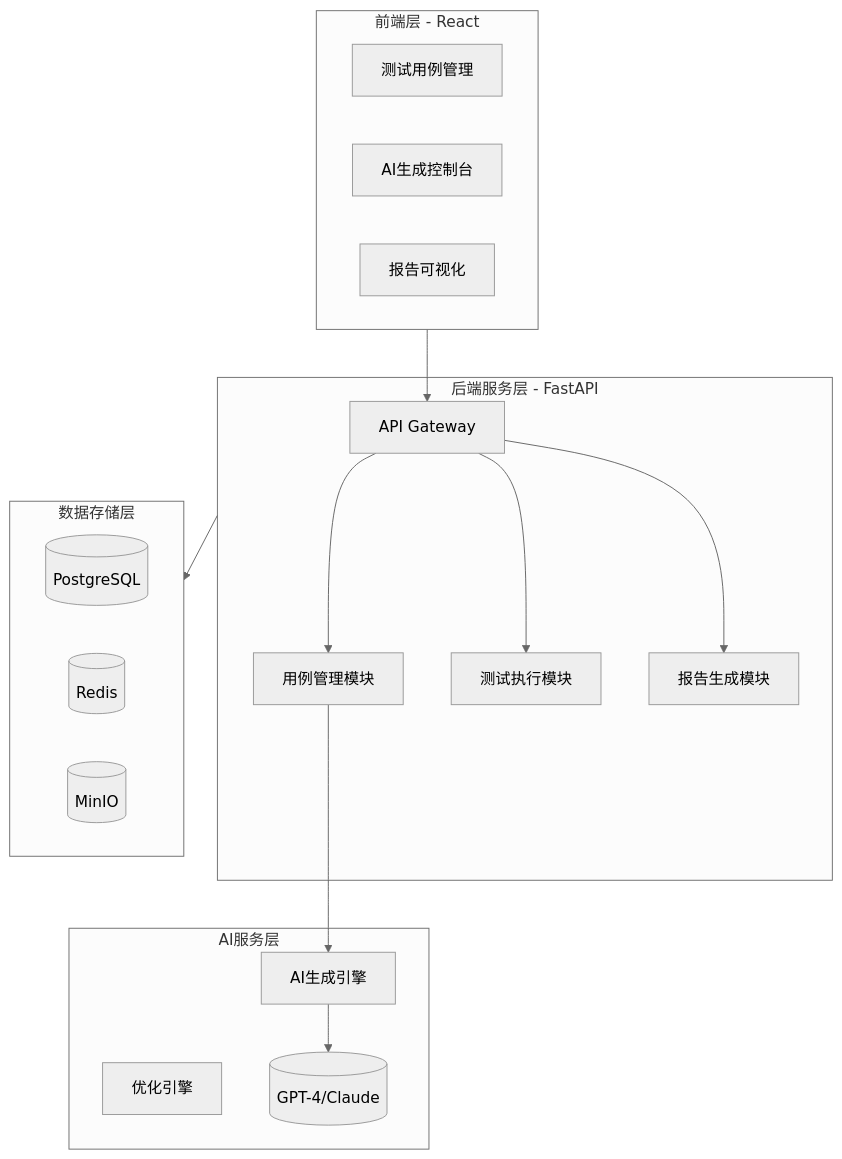
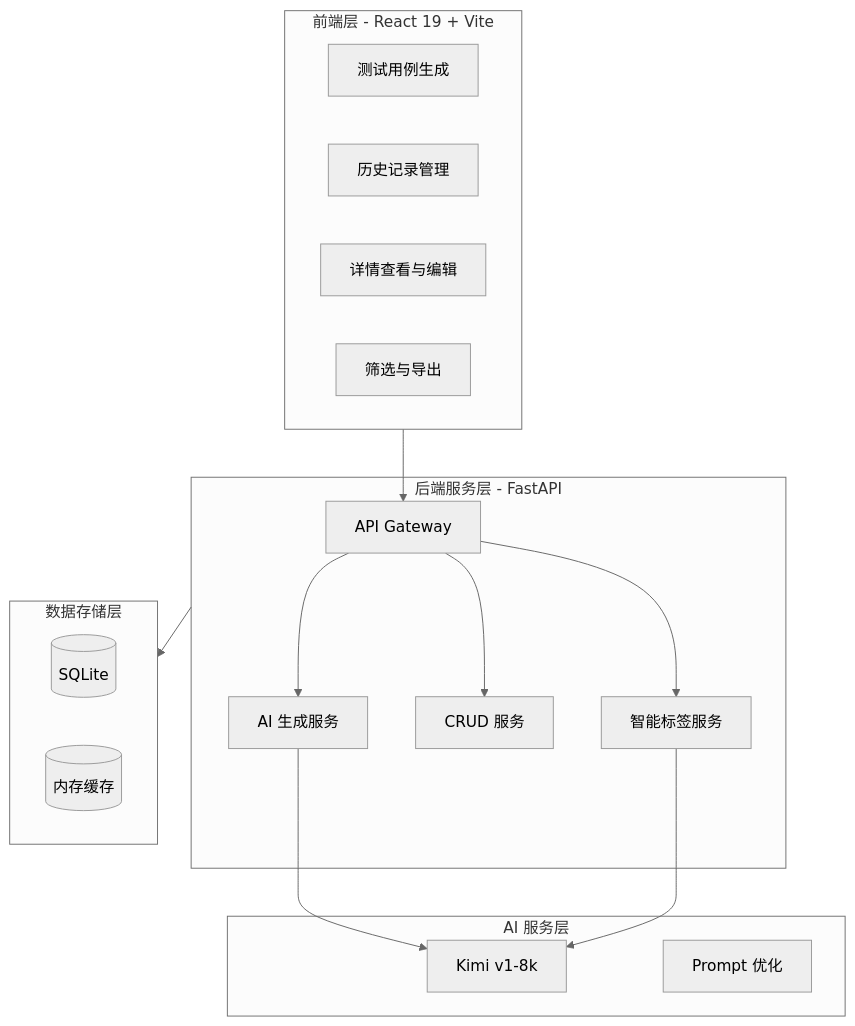
The diagram in README.md (djym789/testai-platform), drawn with Mermaid (neutral theme) before and after one commit. The commit also changed other lines of this file and 11 other files, not shown here.

````diff
--- a/README.md
+++ b/README.md
@@ -10,33 +89,32 @@
 ```mermaid
 flowchart TB
-    subgraph Frontend["前端层 - React"]
-        UI1[测试用例管理]
-        UI2[AI生成控制台]
-        UI3[报告可视化]
+    subgraph Frontend["前端层 - React 19 + Vite"]
+        UI1[测试用例生成]
+        UI2[历史记录管理]
+        UI3[详情查看与编辑]
+        UI4[筛选与导出]
     end
 
     subgraph Backend["后端服务层 - FastAPI"]
         API[API Gateway]
-        CM[用例管理模块]
-        EX[测试执行模块]
-        RG[报告生成模块]
+        GEN[AI 生成服务]
+        CRUD[CRUD 服务]
+        TAG[智能标签服务]
     end
 
-    subgraph AI["AI服务层"]
-        AG[AI生成引擎]
-        OPT[优化引擎]
-        LLM[(GPT-4/Claude)]
+    subgraph AI["AI 服务层"]
+        LLM[Kimi v1-8k]
+        PROMPT[Prompt 优化]
     end
 
     subgraph Data["数据存储层"]
-        DB[(PostgreSQL)]
-        Cache[(Redis)]
-        File[(MinIO)]
+        DB[(SQLite)]
+        Cache[(内存缓存)]
     end
 
     Frontend --> API
-    API --> CM & EX & RG
-    CM --> AG
-    AG --> LLM
+    API --> GEN & CRUD & TAG
+    GEN --> LLM
+    TAG --> LLM
     Backend --> Data
 ```
````
